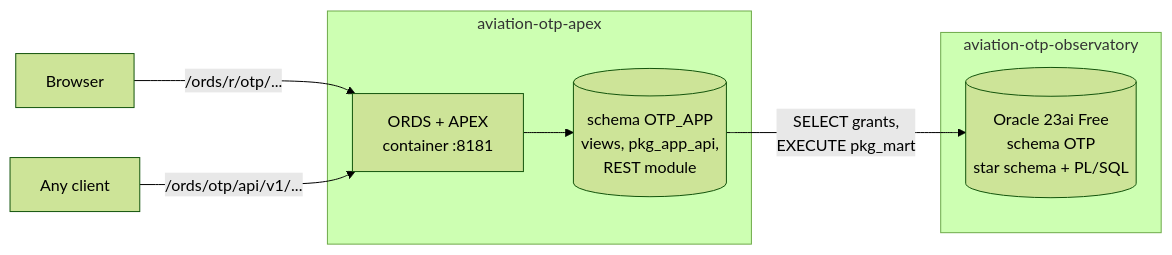
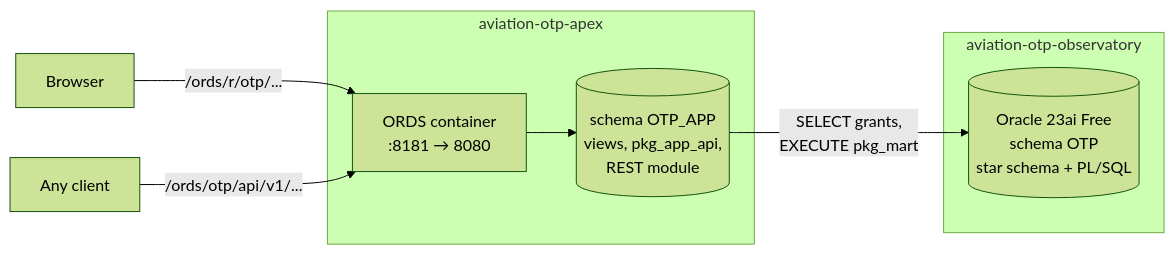
One commit to Jano-Projects/aviation-otp-apex changed the diagram in README.md. Above: the diagram before and after it, drawn with Mermaid (forest theme). The commit also changed other lines of this file and 6 other files, not shown here.

Commit message:
fix: install APEX 24.2 and ORDS explicitly; plain ORDS image serves on 8080

````diff
--- a/README.md
+++ b/README.md
@@ -11,14 +11,14 @@
 ```mermaid
 flowchart LR
     subgraph obs[aviation-otp-observatory]
         DB[(Oracle 23ai Free<br/>schema OTP<br/>star schema + PL/SQL)]
     end
     subgraph app[aviation-otp-apex]
-        ORDS[ORDS + APEX<br/>container :8181]
+        ORDS[ORDS container<br/>:8181 → 8080]
         APP[(schema OTP_APP<br/>views, pkg_app_api,<br/>REST module)]
     end
     APP -- "SELECT grants,<br/>EXECUTE pkg_mart" --> DB
     ORDS --> APP
     B[Browser] -->|/ords/r/otp/...| ORDS
     C[Any client] -->|/ords/otp/api/v1/...| ORDS
 ```
````
